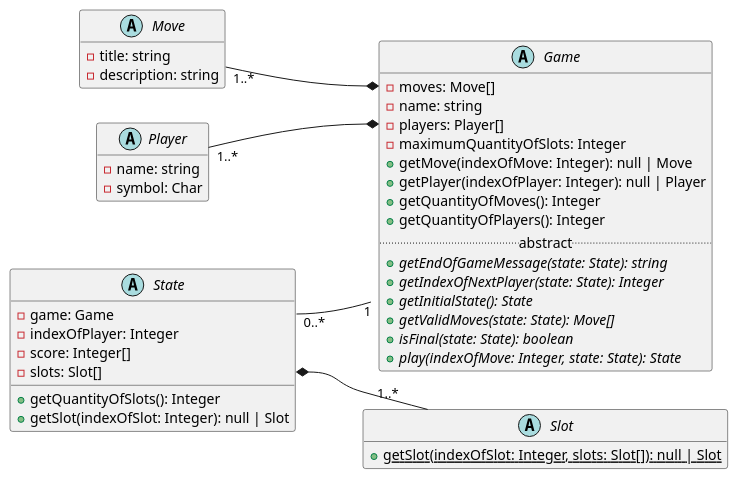
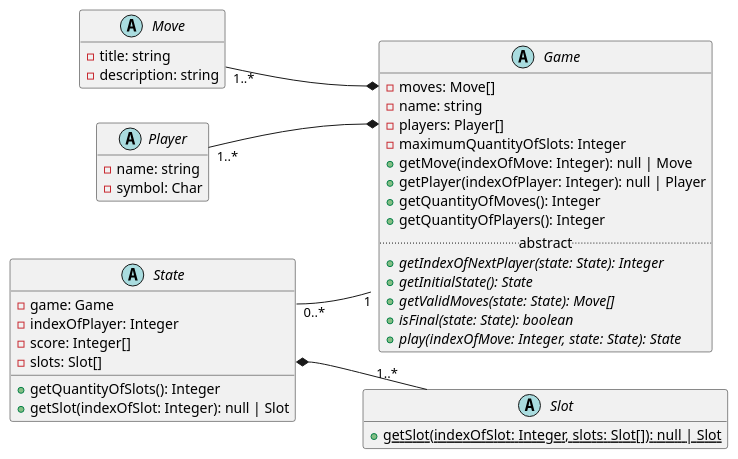
The diagram in packages/engine/src/Game/simplified.plantuml (ufjf-gamelab/apts), drawn with PlantUML before and after one commit. The commit also changed 11 other files, not shown here.

```diff
--- a/packages/engine/src/Game/simplified.plantuml
+++ b/packages/engine/src/Game/simplified.plantuml
@@ -1,66 +1,65 @@
 @startuml class_diagram_base
 ' title Class diagram: Game, State, Move, Slot and Player
 
 left to right direction
 
 hide empty members
 
 abstract class Player {
   - name: string
   - symbol: Char
   ' + getName(): this::name
   ' + getSymbol(): this::symbol
 }
 
 abstract class Slot {
   + {static} getSlot(indexOfSlot: Integer, slots: Slot[]): null | Slot
 }
 
 abstract class Move {
   - title: string
   - description: string
   ' + getTitle(): this::title
   ' + getDescription(): this::description
 }
 
 abstract class Game {
   - moves: Move[]
   - name: string
   - players: Player[]
   - maximumQuantityOfSlots: Integer
   + getMove(indexOfMove: Integer): null | Move
   ' + getMoves(): this::moves
   ' + getName(): this::name
   + getPlayer(indexOfPlayer: Integer): null | Player
   ' + getPlayers(): this::players
   + getQuantityOfMoves(): Integer
   + getQuantityOfPlayers(): Integer
   ' + getMaximumQuantityOfSlots(): this::maximumQuantityOfSlots
   .. abstract ..
-  + {abstract} getEndOfGameMessage(state: State): string
   + {abstract} getIndexOfNextPlayer(state: State): Integer
   + {abstract} getInitialState(): State
   + {abstract} getValidMoves(state: State): Move[]
   + {abstract} isFinal(state: State): boolean
   + {abstract} play(indexOfMove: Integer, state: State): State
 }
 Game::moves *-u- "1..*" Move
 Game::players *-u- "1..*" Player
 
 abstract class State {
   - game: Game
   - indexOfPlayer: Integer
   - score: Integer[]
   - slots: Slot[]
   ' + getGame(): this::game
   ' + getIndexOfPlayer(): this::indexOfPlayer
   + getQuantityOfSlots(): Integer
   ' + getScore(): this::score
   + getSlot(indexOfSlot: Integer): null | Slot
   ' + getSlots(): this::slots
 }
 State::game "0..*" -- "1" Game
 State::slots *-- "1..*" Slot
 
 
 @enduml
```
